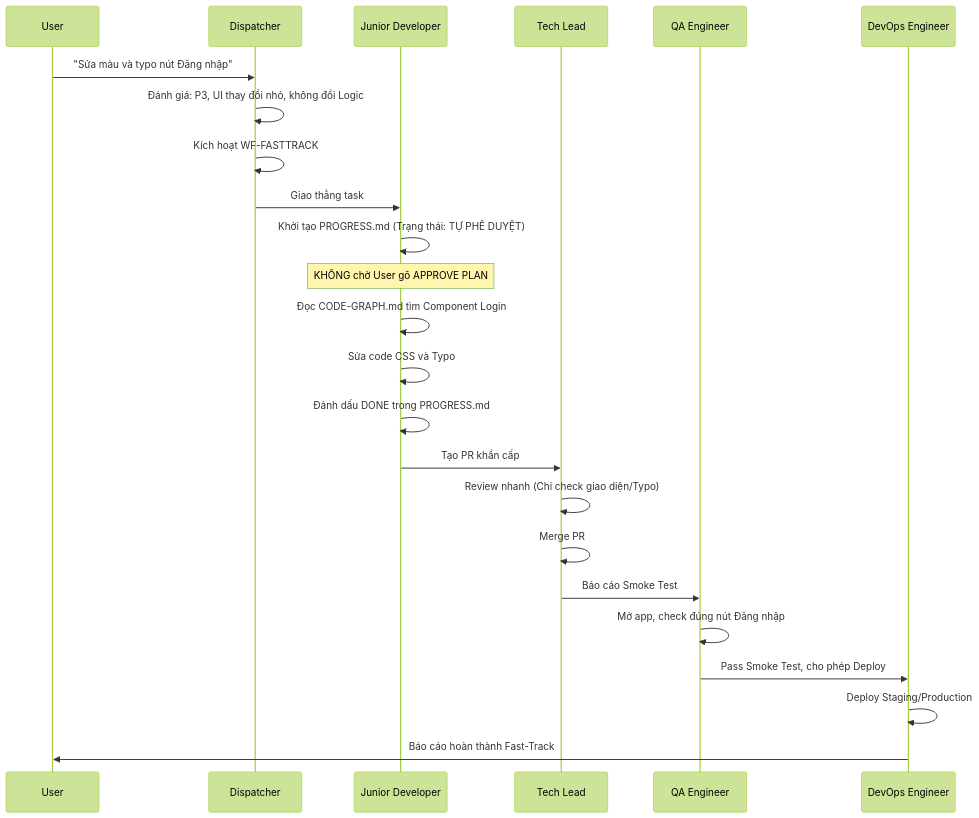
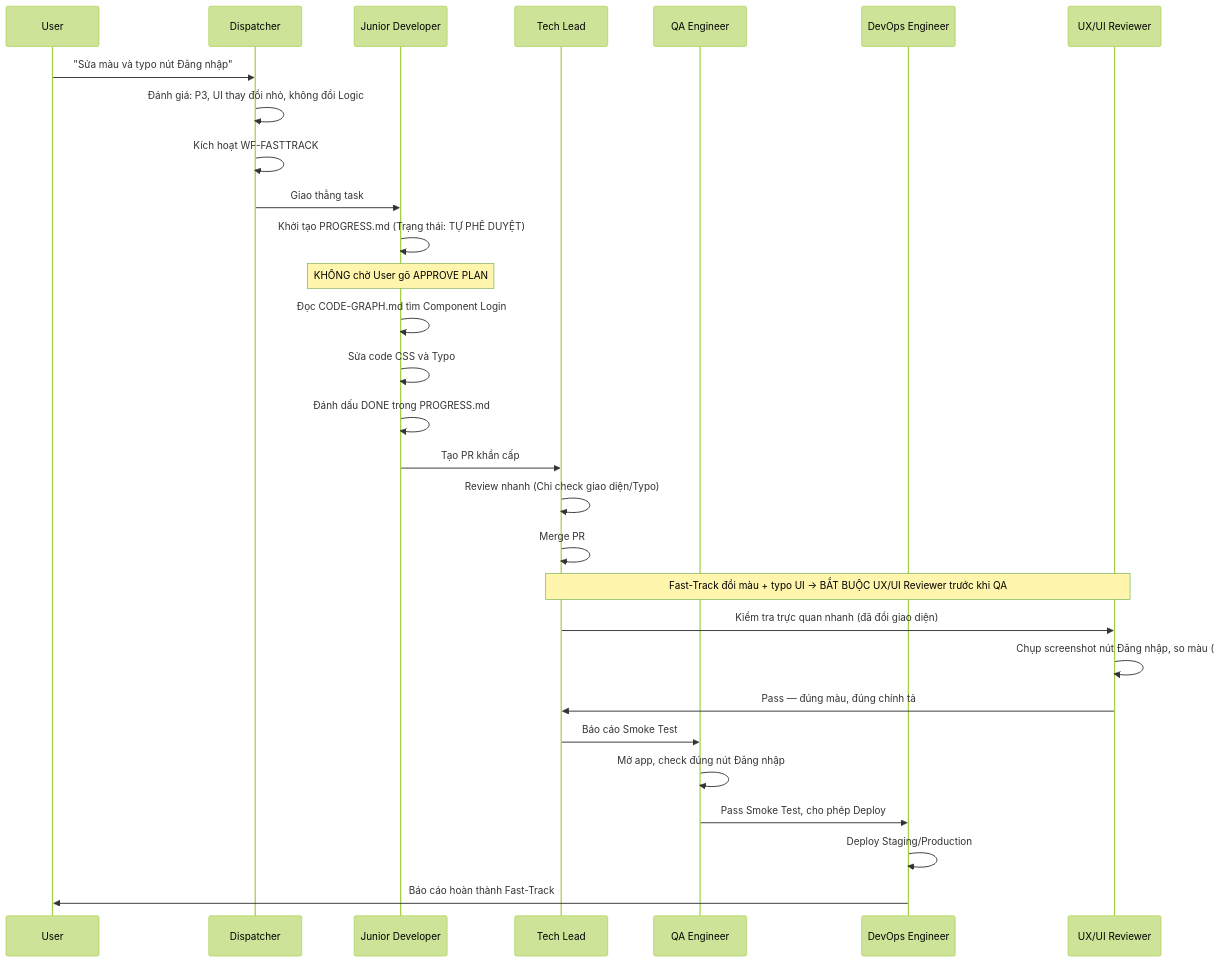
Before and after one commit to flick-git-anhnv/claude: the seventh of 8 diagrams in WORKFLOW.md, drawn with Mermaid (forest theme). The commit also changed other lines of this file and 136 other files, not shown here.

````diff
--- a/WORKFLOW.md
+++ b/WORKFLOW.md
@@ -251,31 +257,37 @@
 ```mermaid
 sequenceDiagram
     participant U as User
     participant Disp as Dispatcher
     participant JD as Junior Developer
     participant TL as Tech Lead
     participant QA as QA Engineer
     participant DO as DevOps Engineer
+    participant UXR as UX/UI Reviewer
 
     U->>Disp: "Sửa màu và typo nút Đăng nhập"
     Disp->>Disp: Đánh giá: P3, UI thay đổi nhỏ, không đổi Logic
     Disp->>Disp: Kích hoạt WF-FASTTRACK
     Disp->>JD: Giao thẳng task
     
     JD->>JD: Khởi tạo PROGRESS.md (Trạng thái: TỰ PHÊ DUYỆT)
     Note over JD: KHÔNG chờ User gõ APPROVE PLAN
     JD->>JD: Đọc CODE-GRAPH.md tìm Component Login
     JD->>JD: Sửa code CSS và Typo
     JD->>JD: Đánh dấu DONE trong PROGRESS.md
     JD->>TL: Tạo PR khẩn cấp
     
     TL->>TL: Review nhanh (Chỉ check giao diện/Typo)
     TL->>TL: Merge PR
-    
+
+    Note over TL,UXR: Fast-Track đổi màu + typo UI → BẮT BUỘC UX/UI Reviewer trước khi QA
+    TL->>UXR: Kiểm tra trực quan nhanh (đã đổi giao diện)
+    UXR->>UXR: Chụp screenshot nút Đăng nhập, so màu (#F05922) + đúng chữ
+    UXR->>TL: Pass — đúng màu, đúng chính tả
+
     TL->>QA: Báo cáo Smoke Test
     QA->>QA: Mở app, check đúng nút Đăng nhập
     QA->>DO: Pass Smoke Test, cho phép Deploy
     
     DO->>DO: Deploy Staging/Production
     DO->>U: Báo cáo hoàn thành Fast-Track
 ```
````
